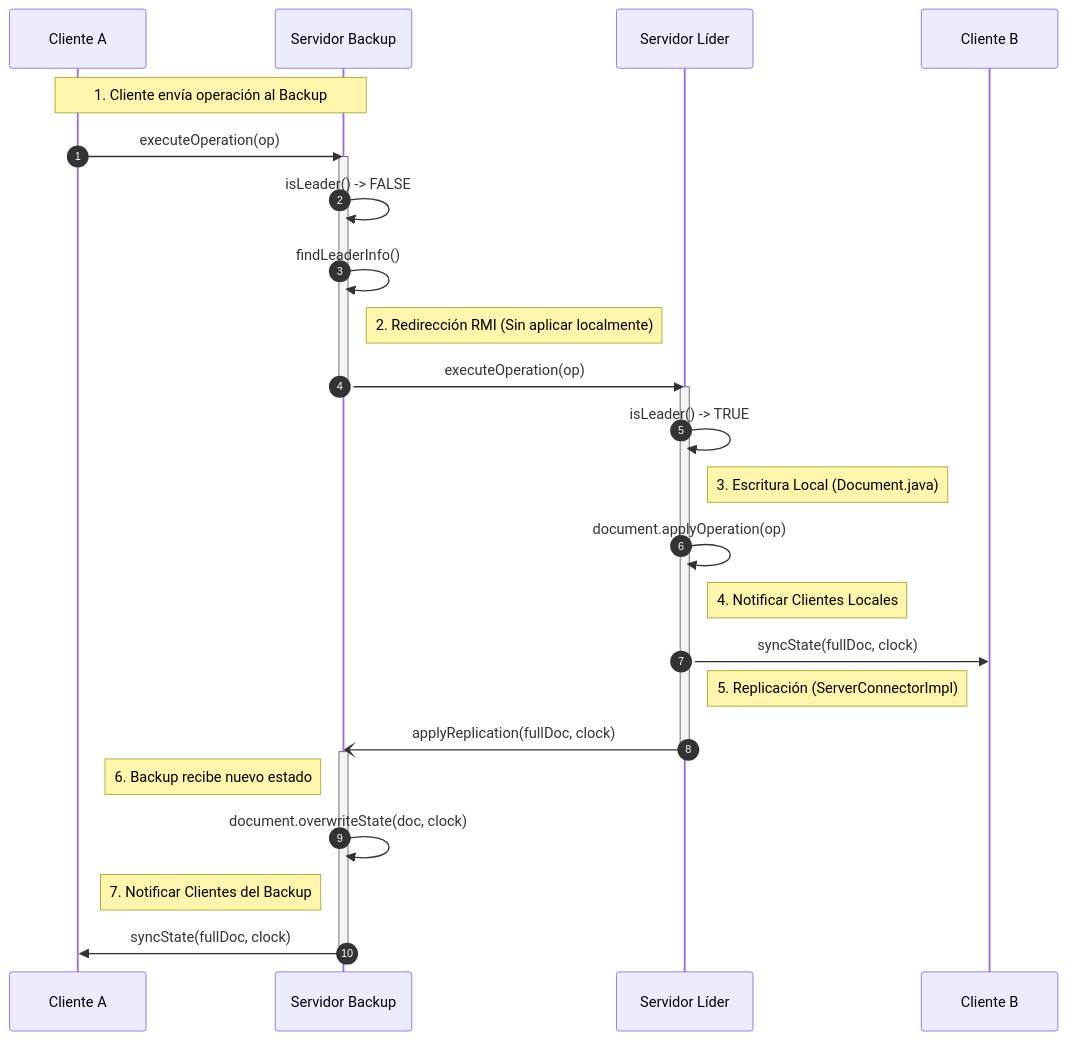
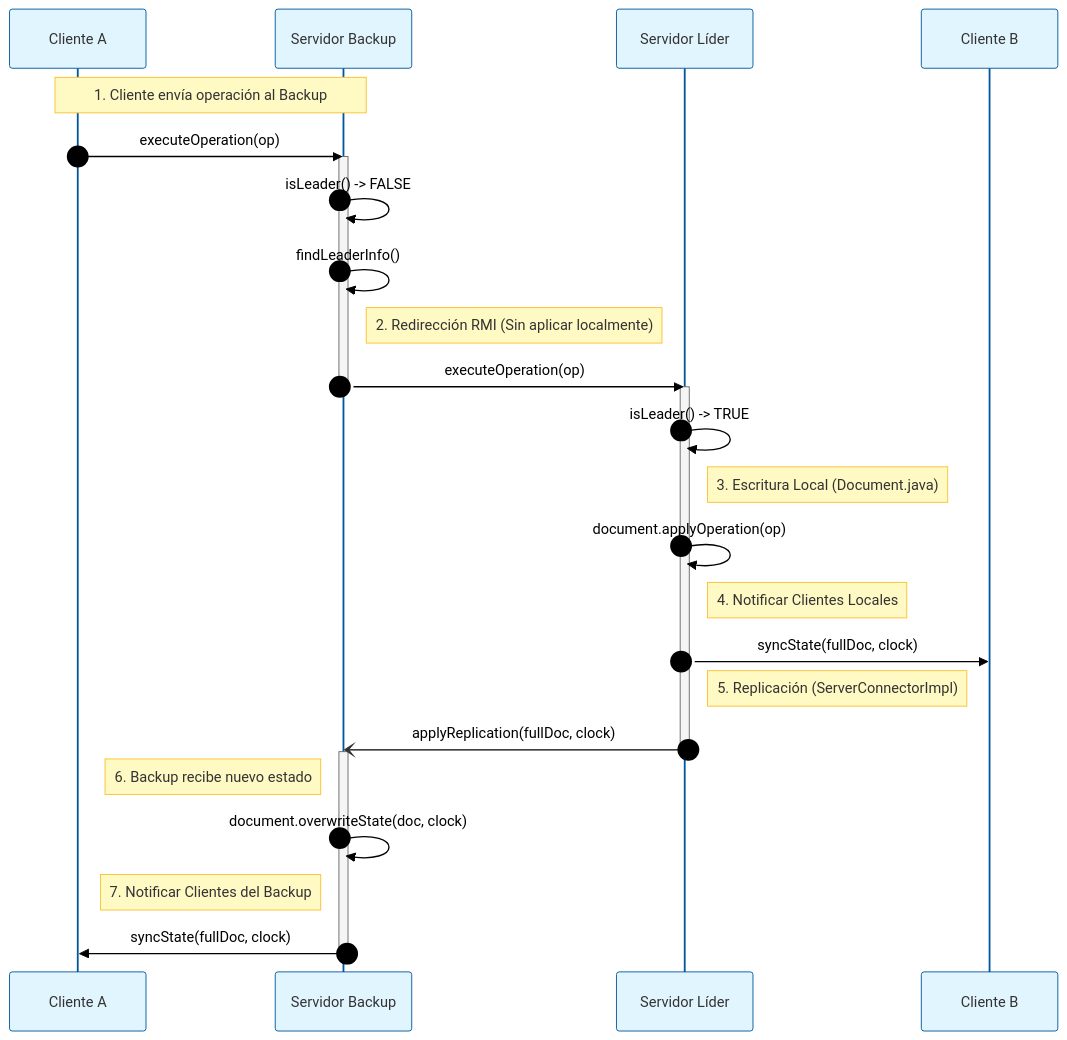
The third of 4 diagrams in README.md (Franpm1/EditorTexto), drawn with Mermaid before and after one commit. The commit also changed other lines of this file, not shown here.

````diff
--- a/README.md
+++ b/README.md
@@ -155,45 +100,46 @@
 ```mermaid
+%%{init: {'theme': 'base', 'themeVariables': { 'mainBkg': '#ffffff', 'actorBkg': '#e1f5fe', 'actorBorder': '#01579b', 'signalColor': '#000000', 'signalTextColor': '#000000', 'noteBkgColor': '#fff9c4', 'noteBorderColor': '#fbc02d', 'activationBorderColor': '#666', 'activationBkgColor': '#f5f5f5', 'sequenceNumberColor': '#000000'}}}%%
 sequenceDiagram
     autonumber
     participant ClientA as Cliente A
     participant ServerBackup as Servidor Backup
     participant ServerLeader as Servidor Líder
     participant ClientB as Cliente B
 
     Note over ClientA, ServerBackup: 1. Cliente envía operación al Backup
     ClientA->>ServerBackup: executeOperation(op)
     
     activate ServerBackup
     %% Lógica en EditorServiceImpl.java
     ServerBackup->>ServerBackup: isLeader() -> FALSE
     ServerBackup->>ServerBackup: findLeaderInfo()
     
     Note right of ServerBackup: 2. Redirección RMI (Sin aplicar localmente)
     ServerBackup->>ServerLeader: executeOperation(op)
     deactivate ServerBackup
 
     activate ServerLeader
     %% Lógica en EditorServiceImpl.java (Líder)
     ServerLeader->>ServerLeader: isLeader() -> TRUE
     
     Note right of ServerLeader: 3. Escritura Local (Document.java)
     ServerLeader->>ServerLeader: document.applyOperation(op)
     
     Note right of ServerLeader: 4. Notificar Clientes Locales
     %% Lógica en Notifier.java
     ServerLeader->>ClientB: syncState(fullDoc, clock)
     
     Note right of ServerLeader: 5. Replicación (ServerConnectorImpl)
     %% Hilo separado en ServerConnectorImpl.java
     ServerLeader-)ServerBackup: applyReplication(fullDoc, clock)
     deactivate ServerLeader
 
     activate ServerBackup
     Note left of ServerBackup: 6. Backup recibe nuevo estado
     %% Lógica en EditorServiceImpl.java (applyReplication)
     ServerBackup->>ServerBackup: document.overwriteState(doc, clock)
     
     Note left of ServerBackup: 7. Notificar Clientes del Backup
     ServerBackup->>ClientA: syncState(fullDoc, clock)
     deactivate ServerBackup
 ```
````
